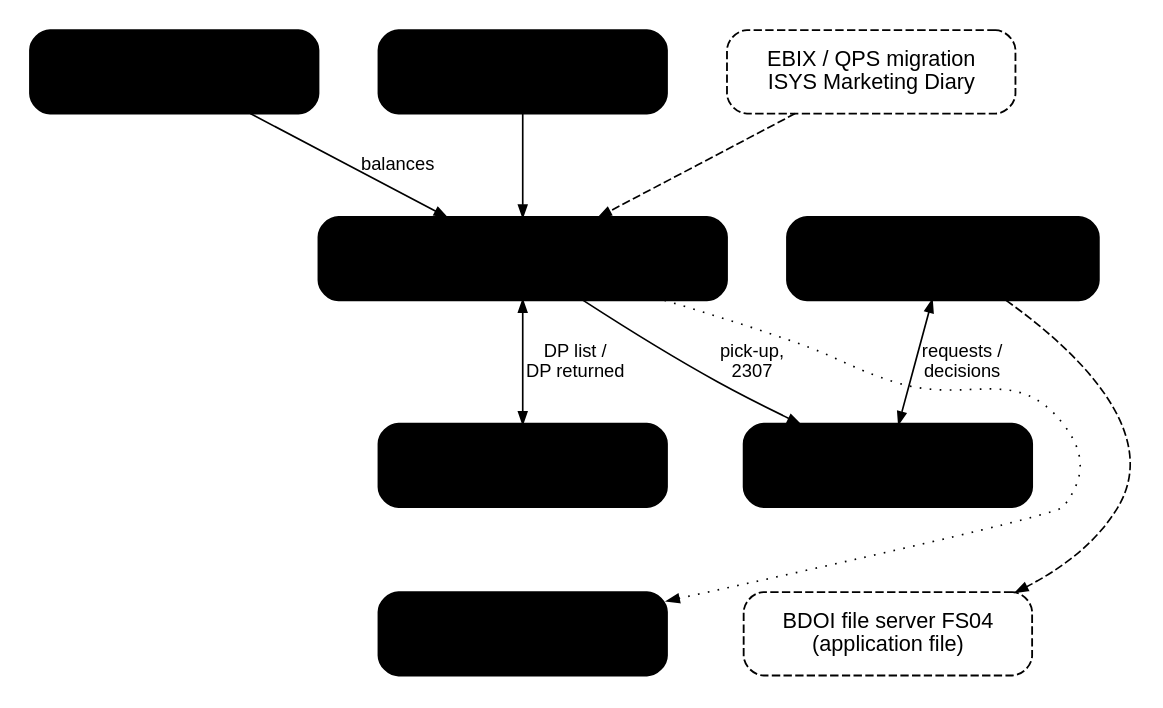
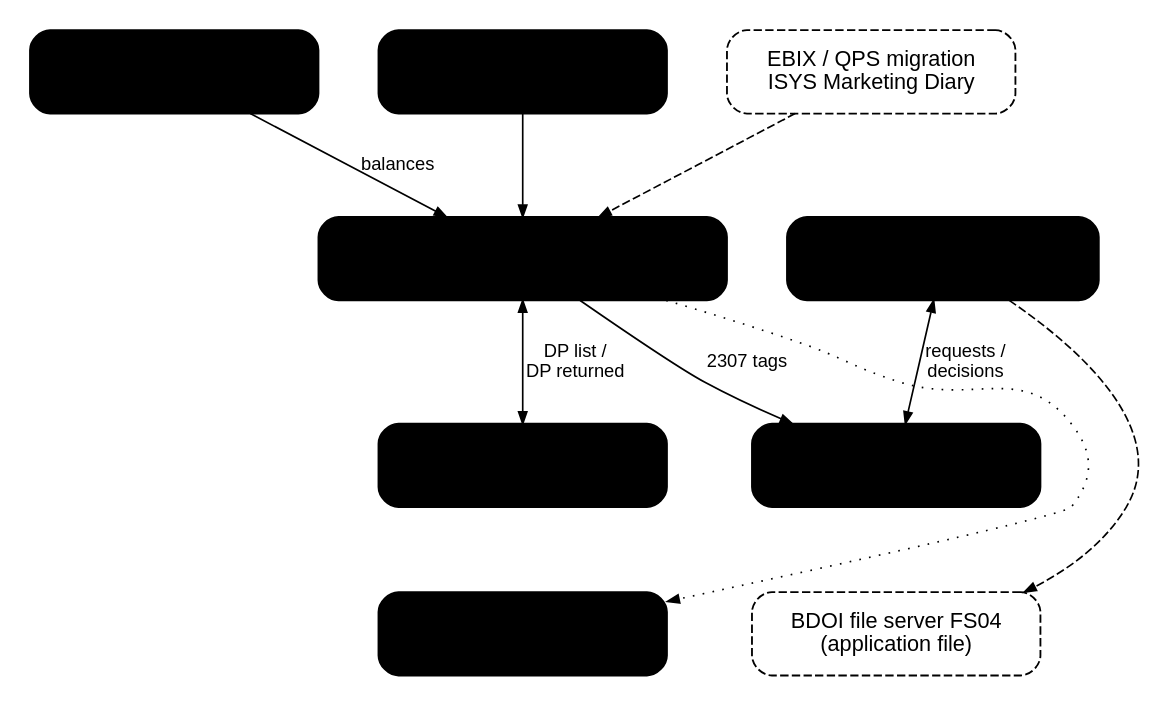
One commit to IortaTexhNXT-DEV/FinVerse changed the diagram in docs/deliverables/src/BRD-04_Collections/figures/brd04_integration.dot. Above: the diagram before and after it, drawn with Graphviz. The commit also changed 21 other files, not shown here.

```diff
--- a/docs/deliverables/src/BRD-04_Collections/figures/brd04_integration.dot
+++ b/docs/deliverables/src/BRD-04_Collections/figures/brd04_integration.dot
@@ -1,36 +1,36 @@
 // BRD-4: interfaces of Collections. FRS section 7 (the table gives the content of each flow).
 // Dashed grey = parked seam.
 digraph clx_integration {
   graph [rankdir=TB, fontname="Arial", nodesep=0.5, ranksep=0.7, bgcolor="white", pad=0.15, splines=true];
   node  [shape=box, style="rounded,filled", fillcolor="@WHITE", color="@HEADER_BLUE", penwidth=1.1,
          fontname="Arial", fontsize=13, fontcolor="@NEAR_BLACK", width=2.4, height=0.7];
   edge  [color="@MUTED", arrowsize=0.7, fontname="Arial", fontsize=11, fontcolor="@TEXT"];
 
   ledger [label="Invoice ledger\n(opsledger)"];
   org    [label="Sales organisation,\naccount, client"];
   legacy [label="EBIX / QPS migration\nISYS Marketing Diary", color="@MUTED", fontcolor="@MUTED", style="rounded,dashed"];
 
   clx [label="Collections\nworklist, dispositions, promises,\nplans, escalations, SOA", fillcolor="@HEADER_BLUE", fontcolor="@WHITE", width=3.4];
   upp [label="Collections\nunapplied payments\n(collector side)", fillcolor="@HEADER_BLUE", fontcolor="@WHITE", width=2.6];
 
   comm [label="Commission\nDP list, CR billing"];
-  cash [label="Cashiering\npick-up, 2307, unapplied,\ncollector requests"];
+  cash [label="Cashiering\n2307, unapplied,\ncollector requests"];
   msg  [label="Messaging and alerts\n(SOA e-mails)"];
   fs04 [label="BDOI file server FS04\n(application file)", color="@MUTED", fontcolor="@MUTED", style="rounded,dashed"];
 
   { rank=same; ledger; org; legacy; }
   { rank=same; clx; upp; }
   { rank=same; comm; cash; }
   { rank=same; msg; fs04; }
 
   ledger -> clx [label=" balances"];
   org -> clx;
   legacy -> clx [style=dashed, color="@MUTED"];
   clx -> comm [label=" DP list /\n DP returned", dir=both];
-  clx -> cash [label=" pick-up,\n 2307"];
+  clx -> cash [label=" 2307 tags"];
   upp -> cash [label=" requests /\n decisions", dir=both];
   comm -> msg [style=invis];
   clx -> msg [constraint=false, style=dotted];
   cash -> fs04 [style=invis];
   upp -> fs04 [style=dashed, color="@MUTED", constraint=false];
 }
```
